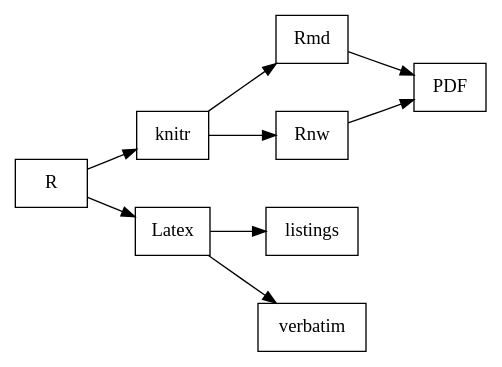
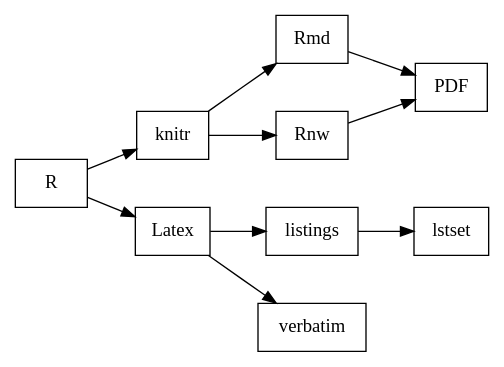
The diagram in R/R2Tex.org (bwtian/learnRviaCode), drawn with Graphviz before and after one commit. The commit also changed other lines of this file and 1 other file, not shown here.

Commit message:
- ‘R/.#R2Tex.org’ / ‘R/R2Tex.org’

```diff
--- a/R/R2Tex.org
+++ b/R/R2Tex.org
@@ -4,20 +4,20 @@
 #+BEGIN_SRC dot :file ./r2tex.svg
 digraph {
 rankdir=LR;
 fontname="Times";
 fontsize = 12;
 splines = false;
 ranksep = 0.5;
 nodesep = 0.5;
 node [shape = box]
 //1. set node
 R [label = "R"]
 
 //2. set path
 R -> knitr -> Rmd -> PDF
 knitr -> Rnw -> PDF
-R -> Latex -> listings
+R -> Latex -> listings -> lstset
 Latex -> verbatim
 //3. set rank
 }
 #+END_SRC
```
